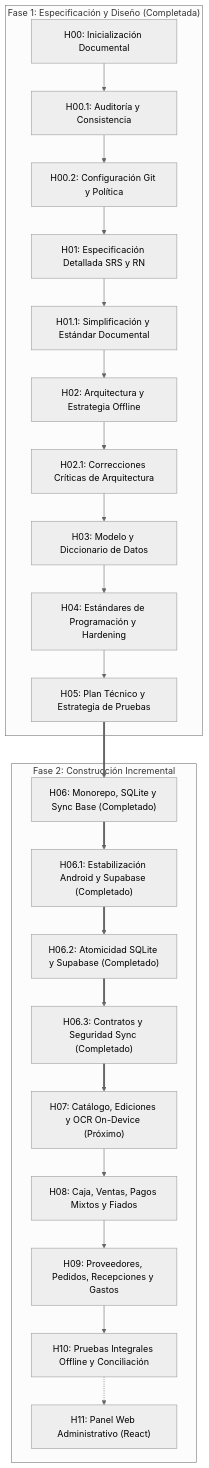
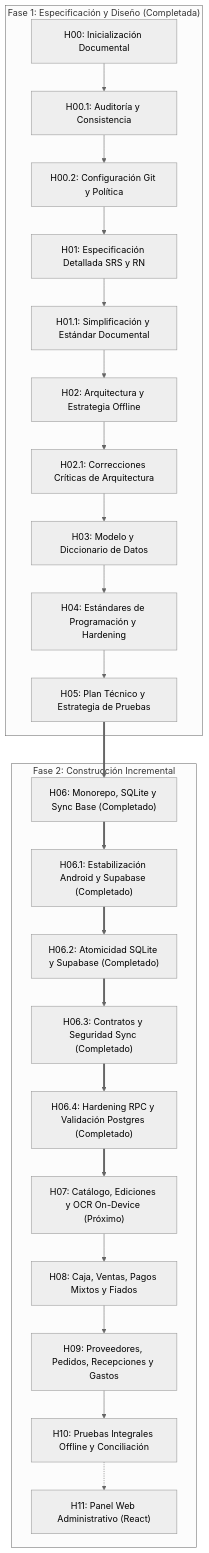
Before and after one commit to JMedina255/Proyecto_tienda: the diagram in docs/05-planificacion/PLAN_DESARROLLO.md, drawn with Mermaid (neutral theme). The commit also changed other lines of this file and 7 other files, not shown here.

Commit message:
fix(h06.4): hardening rpc y validacion postgres

````diff
--- a/docs/05-planificacion/PLAN_DESARROLLO.md
+++ b/docs/05-planificacion/PLAN_DESARROLLO.md
@@ -17,26 +17,27 @@
 ```mermaid
 flowchart TD
     subgraph Fase_Diseno["Fase 1: Especificación y Diseño (Completada)"]
         H00["H00: Inicialización Documental"] --> H00_1["H00.1: Auditoría y Consistencia"]
         H00_1 --> H00_2["H00.2: Configuración Git y Política"]
         H00_2 --> H01["H01: Especificación Detallada SRS y RN"]
         H01 --> H01_1["H01.1: Simplificación y Estándar Documental"]
         H01_1 --> H02["H02: Arquitectura y Estrategia Offline"]
         H02 --> H02_1["H02.1: Correcciones Críticas de Arquitectura"]
         H02_1 --> H03["H03: Modelo y Diccionario de Datos"]
         H03 --> H04["H04: Estándares de Programación y Hardening"]
         H04 --> H05["H05: Plan Técnico y Estrategia de Pruebas"]
     end
 
     subgraph Fase_Construccion["Fase 2: Construcción Incremental"]
         H05 ==> H06["H06: Monorepo, SQLite y Sync Base (Completado)"]
         H06 ==> H06_1["H06.1: Estabilización Android y Supabase (Completado)"]
         H06_1 ==> H06_2["H06.2: Atomicidad SQLite y Supabase (Completado)"]
         H06_2 ==> H06_3["H06.3: Contratos y Seguridad Sync (Completado)"]
-        H06_3 ==> H07["H07: Catálogo, Ediciones y OCR On-Device (Próximo)"]
+        H06_3 ==> H06_4["H06.4: Hardening RPC y Validación Postgres (Completado)"]
+        H06_4 ==> H07["H07: Catálogo, Ediciones y OCR On-Device (Próximo)"]
         H07 --> H08["H08: Caja, Ventas, Pagos Mixtos y Fiados"]
         H08 --> H09["H09: Proveedores, Pedidos, Recepciones y Gastos"]
         H09 --> H10["H10: Pruebas Integrales Offline y Conciliación"]
         H10 -.-> H11["H11: Panel Web Administrativo (React)"]
     end
 ```
````
